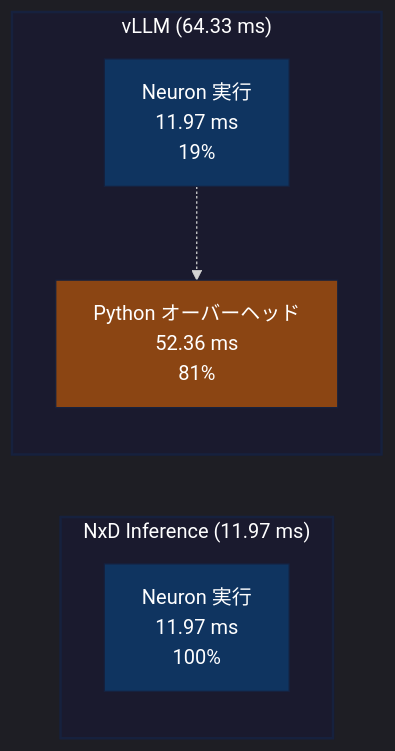
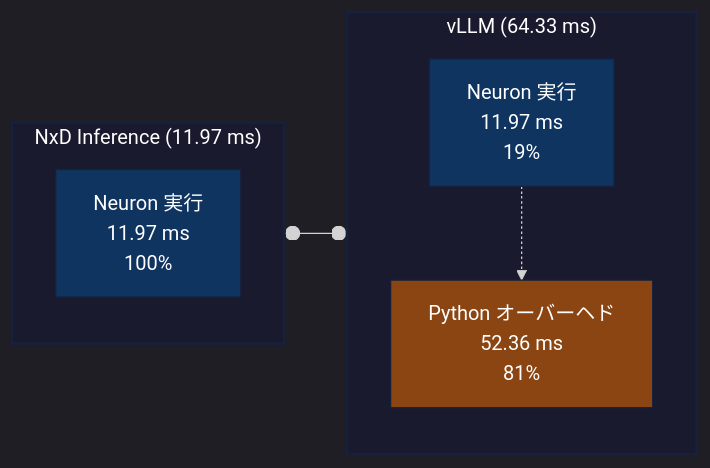
Before and after one commit to littlemex/zenn: the second of 4 diagrams in articles/8d7643da66042e.md, drawn with Mermaid. The commit also changed other lines of this file, not shown here.

````diff
--- a/articles/8d7643da66042e.md
+++ b/articles/8d7643da66042e.md
@@ -1210,19 +1194,21 @@
 ```mermaid
 %%{init: {'theme':'dark'}}%%
 graph LR
     subgraph NxD["NxD Inference (11.97 ms)"]
         A[Neuron 実行<br/>11.97 ms<br/>100%]
     end
 
     subgraph vLLM["vLLM (64.33 ms)"]
         B[Neuron 実行<br/>11.97 ms<br/>19%]
-        C[Python オーバーヘッド<br/>52.36 ms<br/>81%]
+        C[Python オーバーヘド<br/>52.36 ms<br/>81%]
         B -.-> C
     end
+
+    NxD o--o vLLM
 
     style NxD fill:#1a1a2e,stroke:#16213e,stroke-width:2px,color:#fff
     style vLLM fill:#1a1a2e,stroke:#16213e,stroke-width:2px,color:#fff
     style A fill:#0f3460,stroke:#16213e,color:#fff
     style B fill:#0f3460,stroke:#16213e,color:#fff
     style C fill:#8b4513,stroke:#16213e,color:#fff
 ```
````
